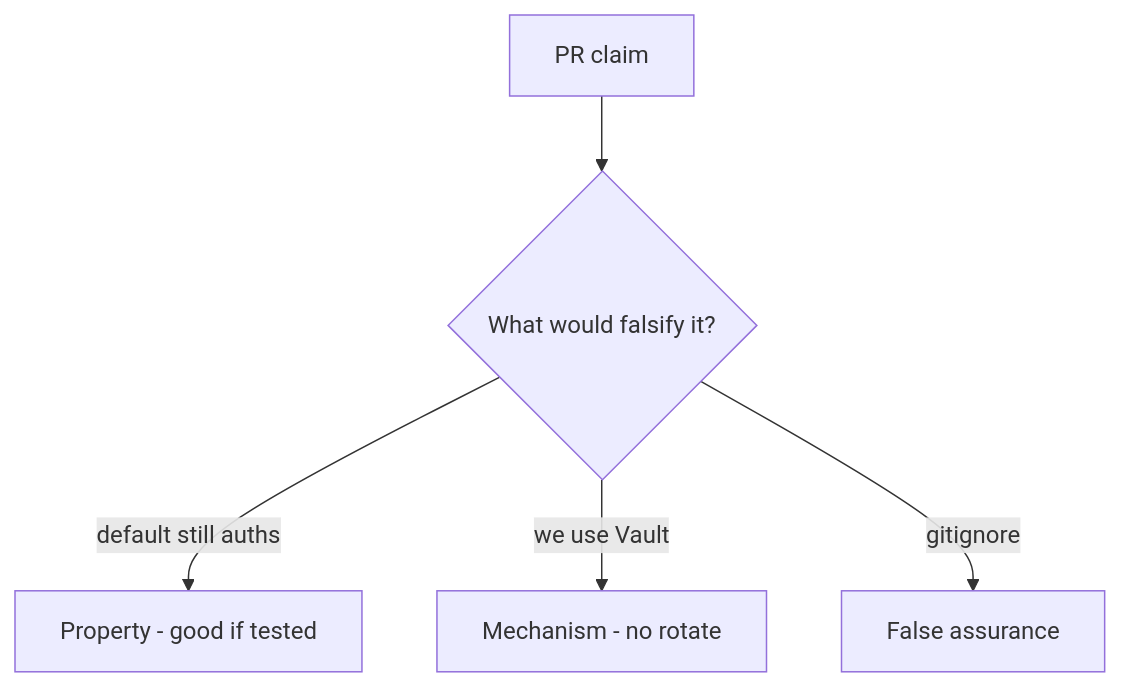
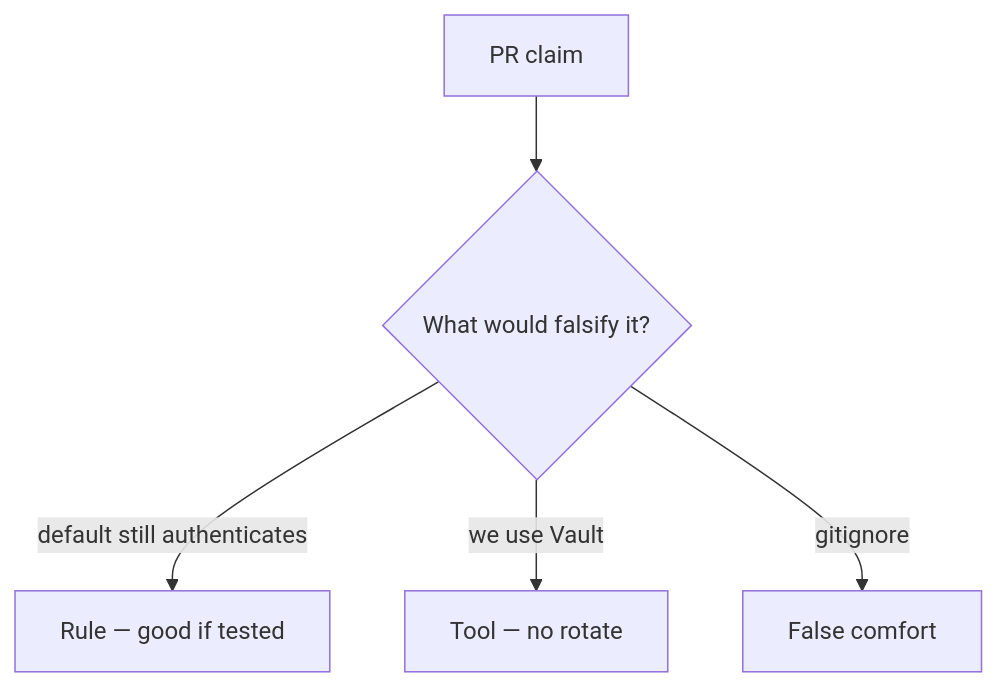
One commit to ishitvagoel/LearnSecurity changed the diagram in content/modules/5/5.3/lessons/08-review.md. Above: the diagram before and after it, drawn with Mermaid. The commit also changed other lines of this file and 39 other files, not shown here.

````diff
--- a/content/modules/5/5.3/lessons/08-review.md
+++ b/content/modules/5/5.3/lessons/08-review.md
@@ -17,7 +18,7 @@
 ```mermaid
 flowchart TD
   Claim[PR claim] --> Q{"What would falsify it?"}
-  Q -->|"default still auths"| Property["Property - good if tested"]
-  Q -->|"we use Vault"| Mechanism[Mechanism - no rotate]
-  Q -->|"gitignore"| False[False assurance]
+  Q -->|"default still authenticates"| Property["Rule — good if tested"]
+  Q -->|"we use Vault"| Mechanism[Tool — no rotate]
+  Q -->|"gitignore"| False[False comfort]
 ```
````
